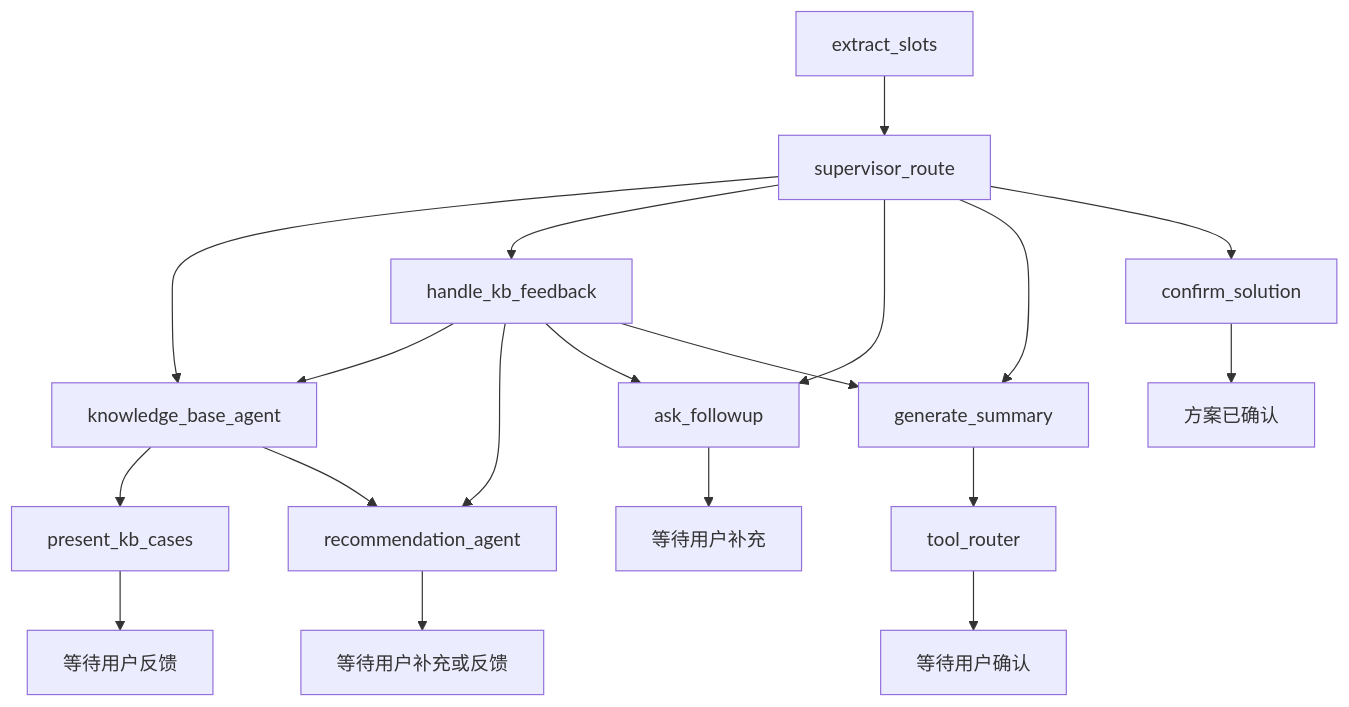
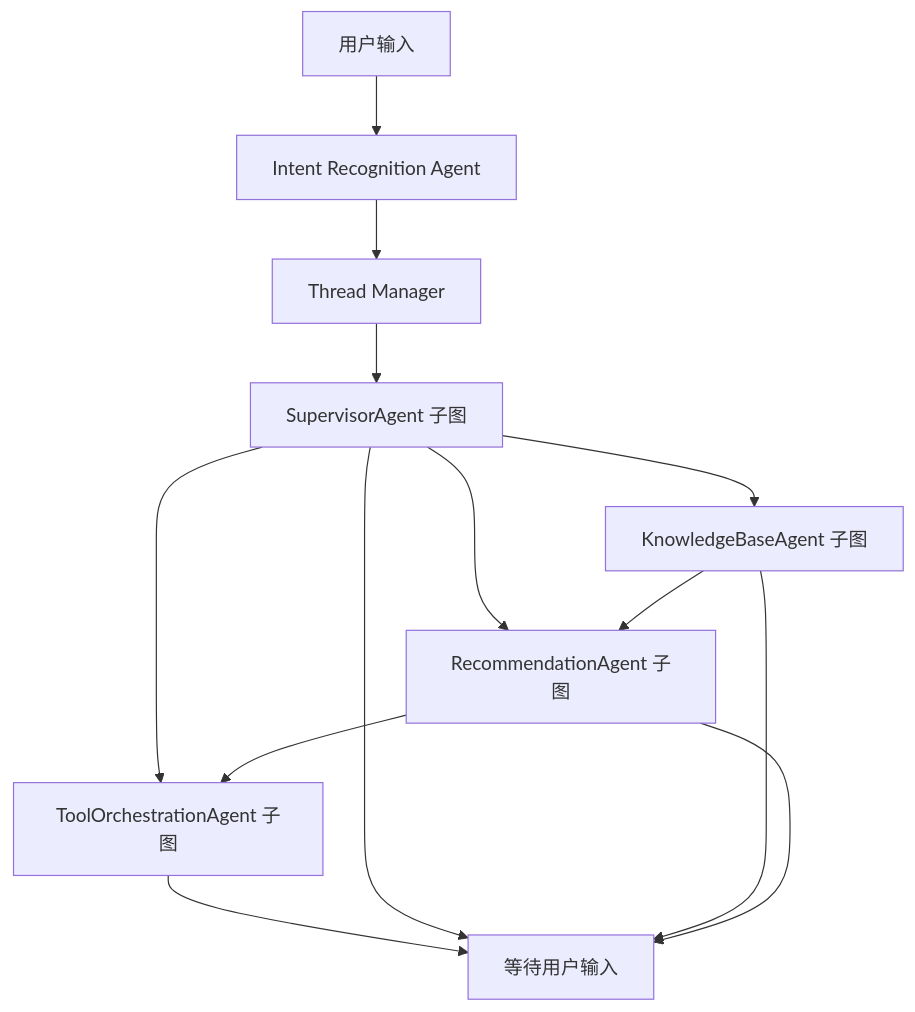
Before and after one commit to Wwwduojin/hikagent: the diagram in README.md, drawn with Mermaid. The commit also changed other lines of this file and 28 other files, not shown here.

Commit message:
Expand LangGraph agent solution workflow

````diff
--- a/README.md
+++ b/README.md
@@ -28,21 +35,15 @@
 ```mermaid
 flowchart TD
-    A[extract_slots] --> B[supervisor_route]
-    B --> C[knowledge_base_agent]
-    C --> D[present_kb_cases]
-    C --> E[recommendation_agent]
-    D --> END1[等待用户反馈]
-    B --> F[handle_kb_feedback]
-    F --> C
-    F --> E
-    F --> G[ask_followup]
-    F --> H[generate_summary]
-    E --> END2[等待用户补充或反馈]
-    G --> END3[等待用户补充]
-    B --> G
-    B --> H
-    B --> I[confirm_solution]
-    H --> J[tool_router]
-    J --> END4[等待用户确认]
-    I --> END5[方案已确认]
+    U[用户输入] --> IR[Intent Recognition Agent]
+    IR --> TM[Thread Manager]
+    TM --> S[SupervisorAgent 子图]
+    S --> K[KnowledgeBaseAgent 子图]
+    S --> R[RecommendationAgent 子图]
+    S --> T[ToolOrchestrationAgent 子图]
+    K --> R
+    R --> T
+    T --> END1
+    S --> END1[等待用户输入]
+    K --> END1
+    R --> END1
 ```
````
